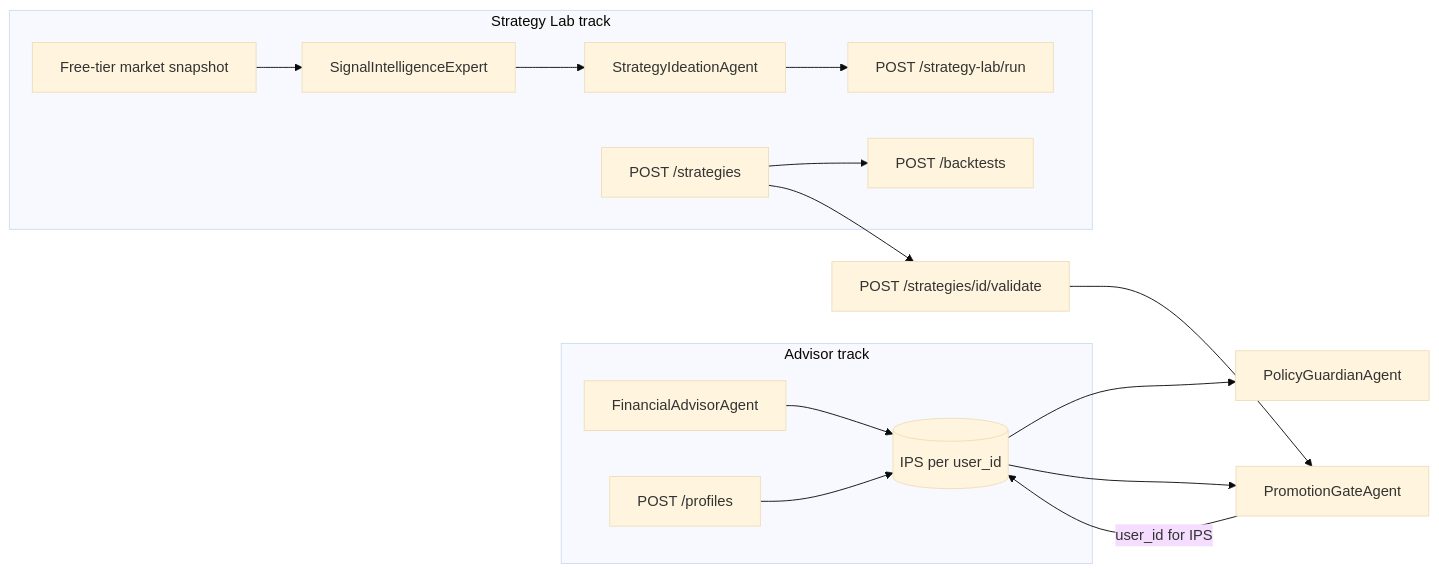
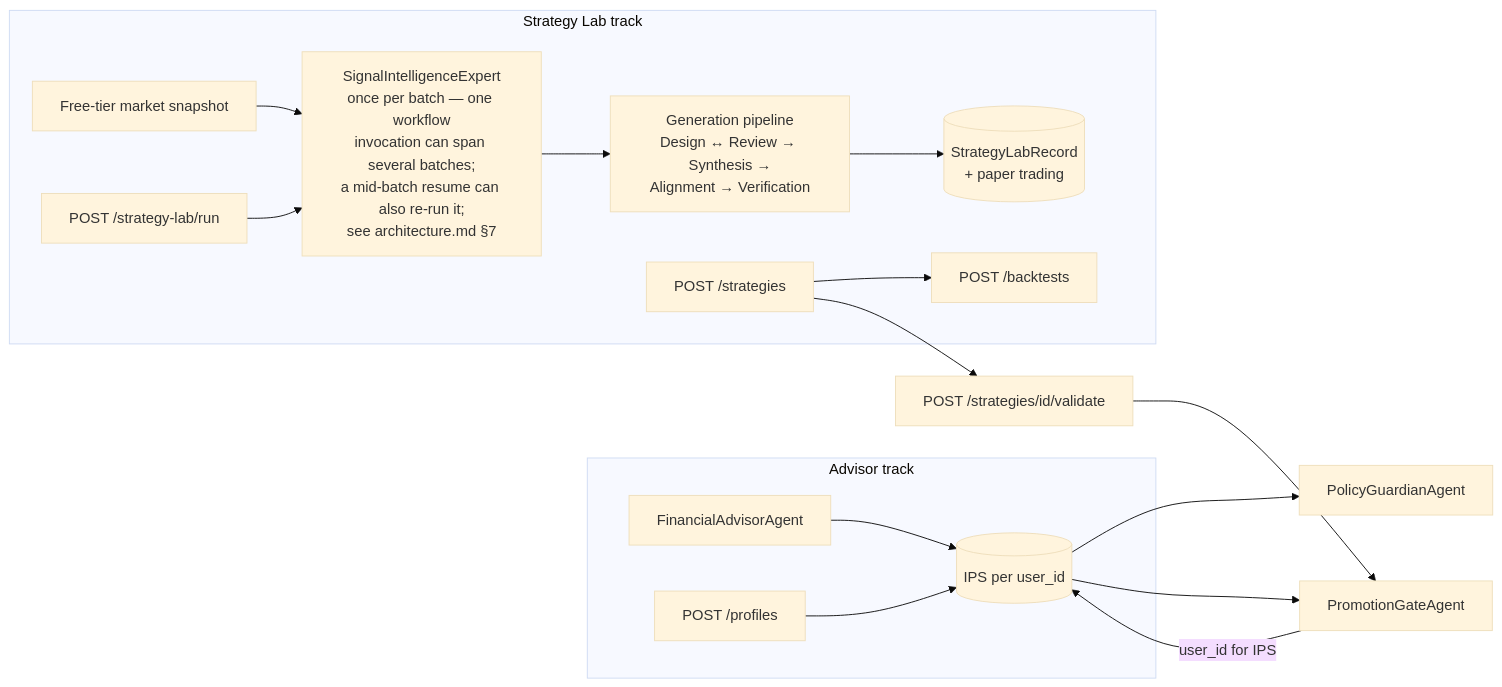
Before and after one commit to brandonkindred/Khala-Agentic-AI-Teams: the diagram in backend/agents/investment_team/README.md, drawn with Mermaid (base theme). The commit also changed other lines of this file and 20 other files, not shown here.

First line of the commit message:
docs(investment): sync Strategy Lab architecture docs with current pipeline (#7177)

````diff
--- a/backend/agents/investment_team/README.md
+++ b/backend/agents/investment_team/README.md
@@ -16,27 +16,29 @@
 ```mermaid
 flowchart LR
   subgraph advisor [Advisor track]
     FA[FinancialAdvisorAgent]
     Prof[POST /profiles]
     IPS[(IPS per user_id)]
     FA --> IPS
     Prof --> IPS
   end
   subgraph lab [Strategy Lab track]
     MD[Free-tier market snapshot]
-    SIG[SignalIntelligenceExpert]
-    SI[StrategyIdeationAgent]
     SL[POST /strategy-lab/run]
+    SIG[SignalIntelligenceExpert<br/>once per batch — one workflow<br/>invocation can span several batches;<br/>a mid-batch resume can also re-run it;<br/>see architecture.md §7]
+    GP[Generation pipeline<br/>Design ↔ Review → Synthesis →<br/>Alignment → Verification]
+    LabRec[(StrategyLabRecord<br/>+ paper trading)]
     ST[POST /strategies]
     BT[POST /backtests]
+    SL --> SIG
     MD --> SIG
-    SIG --> SI
-    SI --> SL
+    SIG --> GP
+    GP --> LabRec
     ST --> BT
   end
   IPS --> PG[PolicyGuardianAgent]
   IPS --> PGate[PromotionGateAgent]
   ST --> Val[POST /strategies/id/validate]
   Val --> PGate
   PGate -->|"user_id for IPS"| IPS
 ```
````
